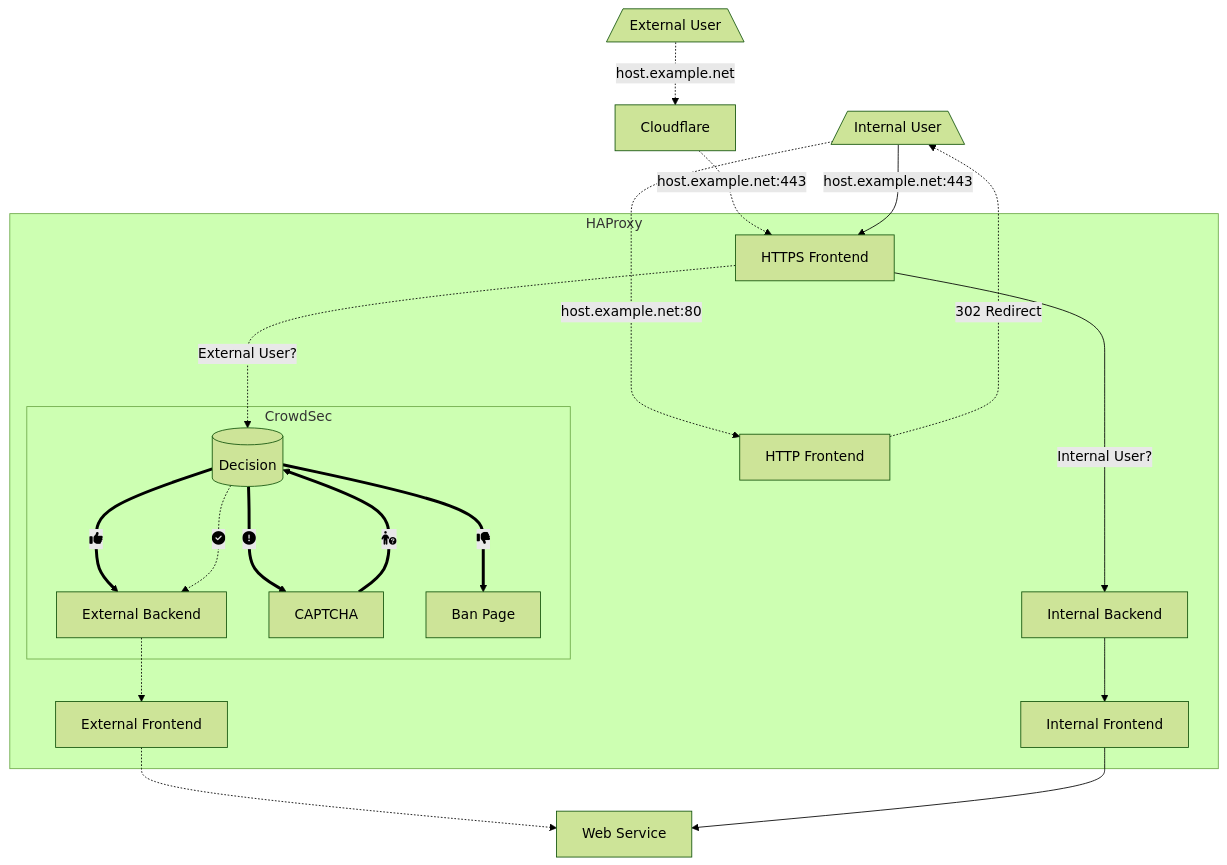
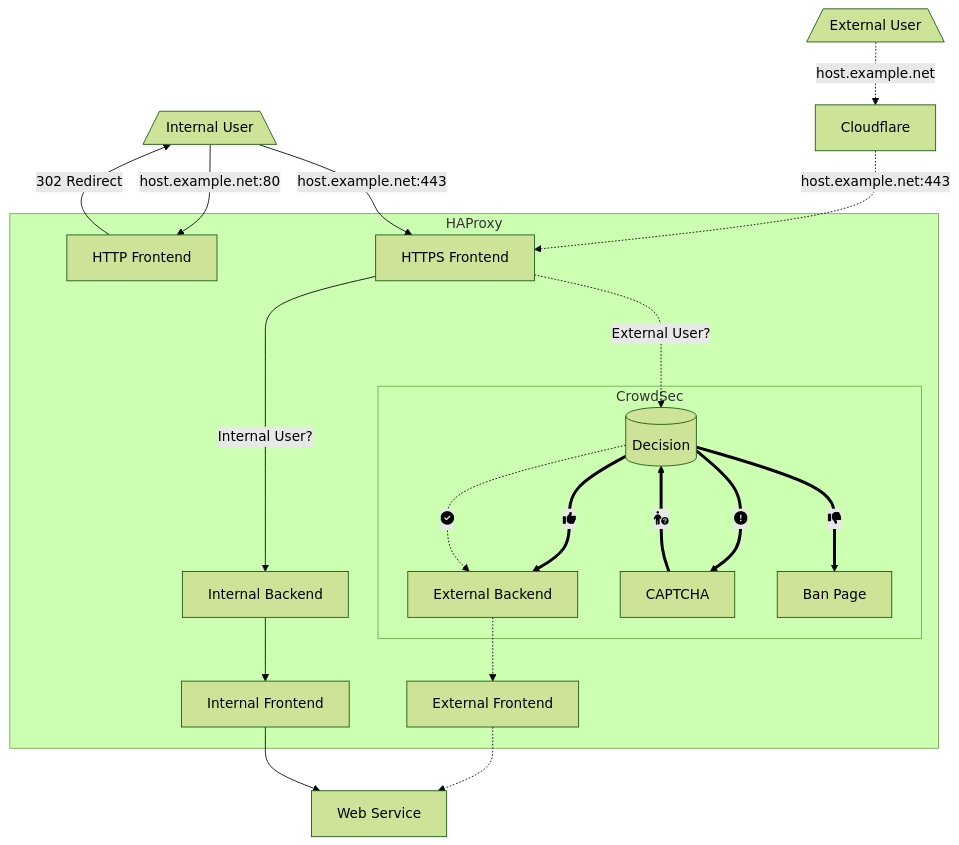
One commit to ciphermenial/ciphermenial.github.io changed the diagram in _posts/2022-07-19-my-haproxy-config.md. Above: the diagram before and after it, drawn with Mermaid (forest theme).

````diff
--- a/_posts/2022-07-19-my-haproxy-config.md
+++ b/_posts/2022-07-19-my-haproxy-config.md
@@ -29,42 +29,42 @@
 ```mermaid
 graph TD
   ExtUsr[/External User\]
   IntUsr[/Internal User\]
   Cloudflare
   HTTP[HTTP Frontend]
   HTTPS[HTTPS Frontend]
   IntBackend[Internal Backend]
   IntFrontend[Internal Frontend]
   ExtBackend[External Backend]
   ExtFrontend[External Frontend]
   CS_Decision[(Decision)]
   CS_CAPTCHA[CAPTCHA]
   CS_Ban[Ban Page]
   Server[Web Service]
 
   ExtUsr -."host.example.net".-> Cloudflare
   Cloudflare -."host.example.net:443".-> HTTPS
   IntUsr --"host.example.net:443"--> HTTPS
-  IntUsr -."host.example.net:80".-> HTTP
-  HTTP -."302 Redirect"...-> IntUsr
+  IntUsr --"host.example.net:80"--> HTTP
+  HTTP --"302 Redirect"--> IntUsr
 
   subgraph HAProxy
     HTTP
     HTTPS --"Internal User?"--> IntBackend
     ExtBackend -.-> ExtFrontend
     IntBackend --> IntFrontend
     HTTPS -."External User?"..-> CS_Decision
 
     subgraph CrowdSec
       CS_Decision ==fa:fa-circle-exclamation===> CS_CAPTCHA
       CS_Decision ==fa:fa-thumbs-down===> CS_Ban
       CS_CAPTCHA ==fa:fa-person-circle-question===> CS_Decision
       CS_Decision ==fa:fa-thumbs-up===> ExtBackend
 
     end
   end
 
  CS_Decision -.fa:fa-circle-check.-> ExtBackend
  ExtFrontend -.-> Server
  IntFrontend --> Server
 ```
````
